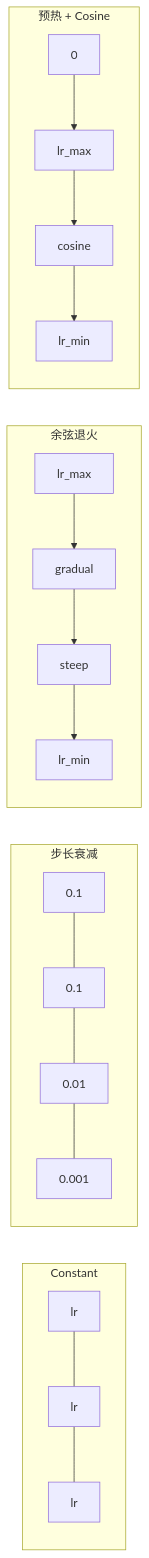
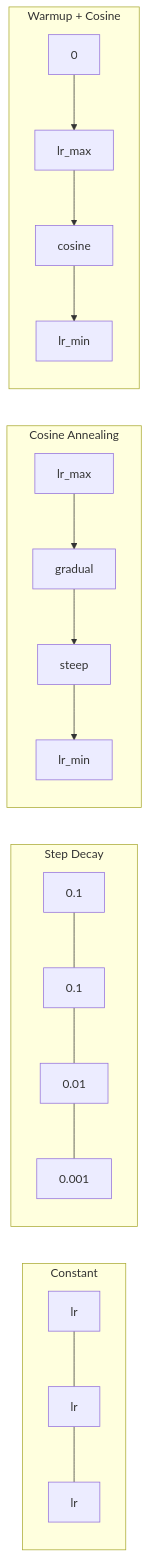
Before and after one commit to arwei944/ai-engineering-from-scratch: the first of 3 diagrams in phases/03-deep-learning-core/09-learning-rate-schedules/docs/zh.md, drawn with Mermaid. The commit also changed other lines of this file and 65 other files, not shown here.

````diff
--- a/phases/03-deep-learning-core/09-learning-rate-schedules/docs/zh.md
+++ b/phases/03-deep-learning-core/09-learning-rate-schedules/docs/zh.md
@@ -106,18 +106,18 @@
 ```mermaid
 graph LR
     subgraph "Constant"
         C1["lr"] --- C2["lr"] --- C3["lr"]
     end
 
-    subgraph "步长衰减"
+    subgraph "Step Decay"
         S1["0.1"] --- S2["0.1"] --- S3["0.01"] --- S4["0.001"]
     end
 
-    subgraph "余弦退火"
+    subgraph "Cosine Annealing"
         CS1["lr_max"] --> CS2["gradual"] --> CS3["steep"] --> CS4["lr_min"]
     end
 
-    subgraph "预热 + Cosine"
+    subgraph "Warmup + Cosine"
         WC1["0"] --> WC2["lr_max"] --> WC3["cosine"] --> WC4["lr_min"]
     end
 ```
````
